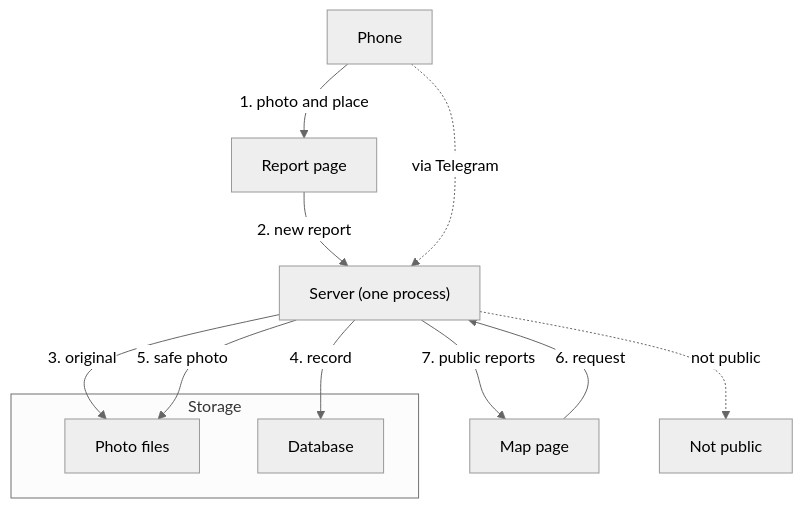
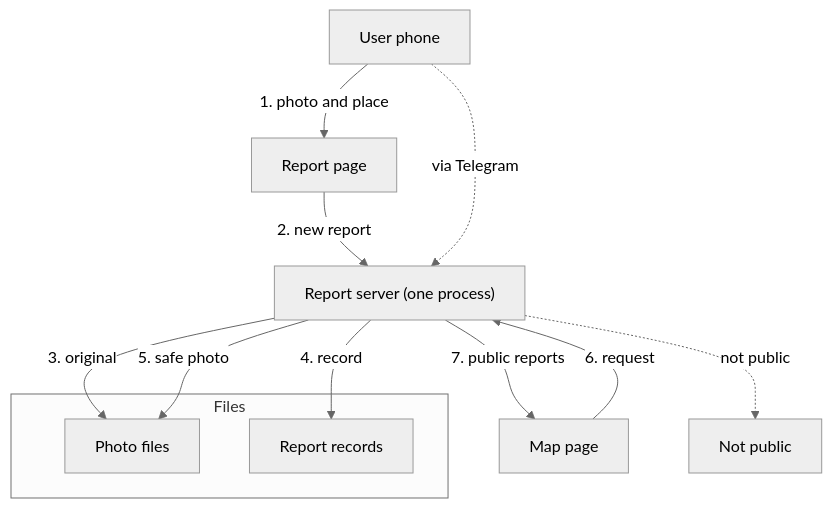
Before and after one commit to skad0/skills: the diagram in skills/plain-explain/examples/out/street-reports-report-flow.engineer-new.md, drawn with Mermaid (neutral theme). The commit also changed other lines of this file and 24 other files, not shown here.

````diff
--- a/skills/plain-explain/examples/out/street-reports-report-flow.engineer-new.md
+++ b/skills/plain-explain/examples/out/street-reports-report-flow.engineer-new.md
@@ -5,21 +5,21 @@
 ```mermaid
 flowchart TB
-  phone["Phone"]
+  phone["User phone"]
   page["Report page"]
-  server["Server (one process)"]
-  subgraph g_Storage["Storage"]
+  server["Report server (one process)"]
+  subgraph g_Files["Files"]
     photos["Photo files"]
-    database["Database"]
+    database["Report records"]
   end
   map["Map page"]
   held["Not public"]
   phone -->|"1. photo and place"| page
   page -->|"2. new report"| server
   server -->|"3. original"| photos
   server -->|"4. record"| database
   server -->|"5. safe photo"| photos
   map -->|"6. request"| server
   server -->|"7. public reports"| map
   server -.->|"not public"| held
   phone -.->|"via Telegram"| server
 ```
````
